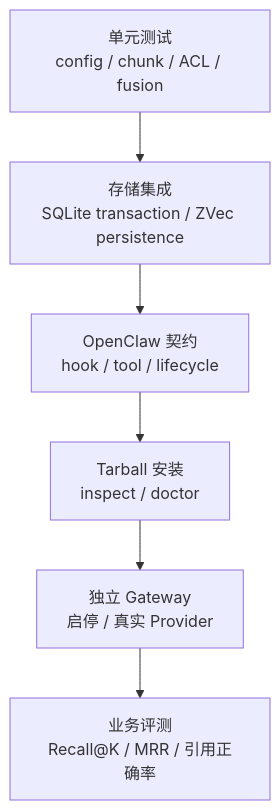
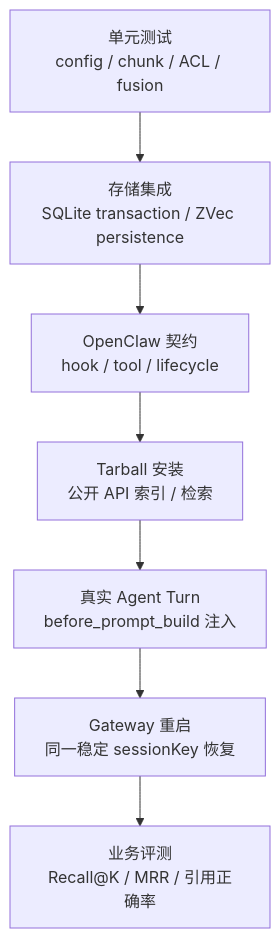
The diagram in doc/knowledge/OpenClaw-Knowledge-RAG-Development_CN.md (partme-ai/openclaw-plugins), drawn with Mermaid before and after one commit. The commit also changed other lines of this file and 592 other files, not shown here.

First line of the commit message:
feat(e2e): 添加地图能力插件与微信抖音扩展功能

````diff
--- a/doc/knowledge/OpenClaw-Knowledge-RAG-Development_CN.md
+++ b/doc/knowledge/OpenClaw-Knowledge-RAG-Development_CN.md
@@ -3,8 +3,9 @@
 ```mermaid
 flowchart TB
     UNIT["单元测试<br/>config / chunk / ACL / fusion"] --> INTEGRATION["存储集成<br/>SQLite transaction / ZVec persistence"]
     INTEGRATION --> CONTRACT["OpenClaw 契约<br/>hook / tool / lifecycle"]
-    CONTRACT --> PACKAGE["Tarball 安装<br/>inspect / doctor"]
-    PACKAGE --> GATEWAY["独立 Gateway<br/>启停 / 真实 Provider"]
-    GATEWAY --> EVAL["业务评测<br/>Recall@K / MRR / 引用正确率"]
+    CONTRACT --> PACKAGE["Tarball 安装<br/>公开 API 索引 / 检索"]
+    PACKAGE --> GATEWAY["真实 Agent Turn<br/>before_prompt_build 注入"]
+    GATEWAY --> RESTART["Gateway 重启<br/>同一稳定 sessionKey 恢复"]
+    RESTART --> EVAL["业务评测<br/>Recall@K / MRR / 引用正确率"]
 ```
````
